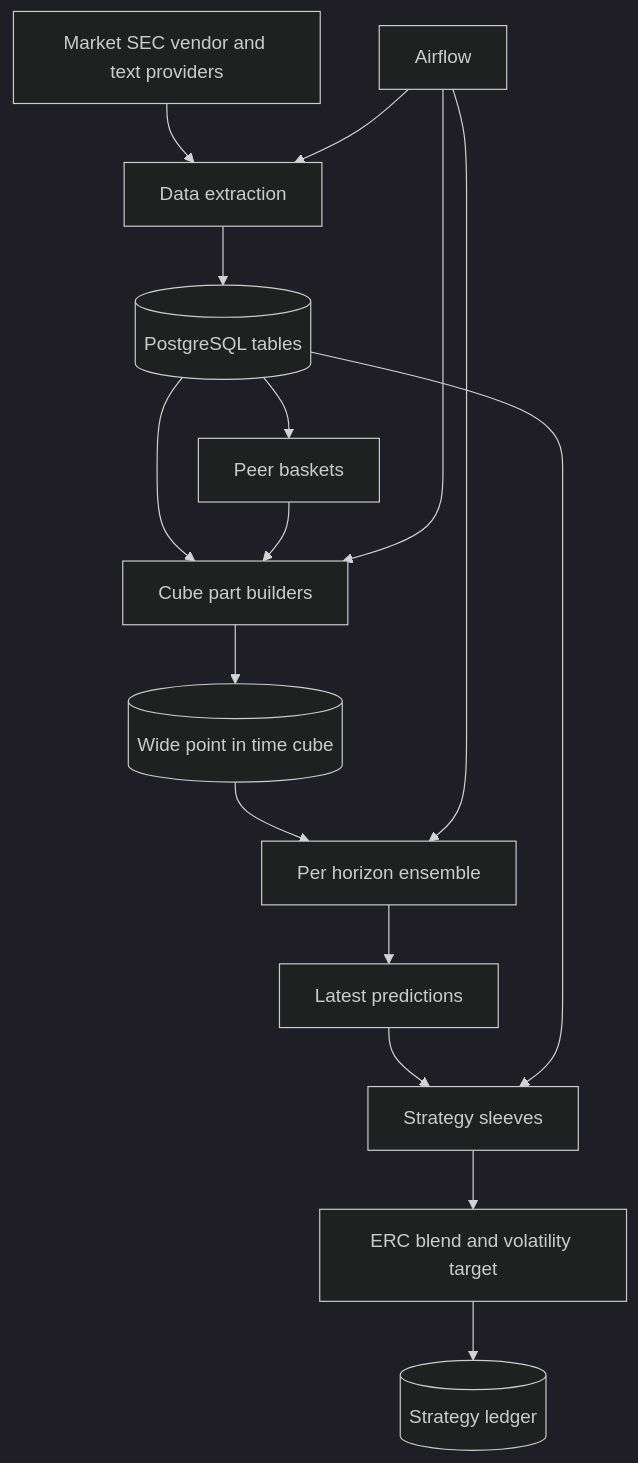
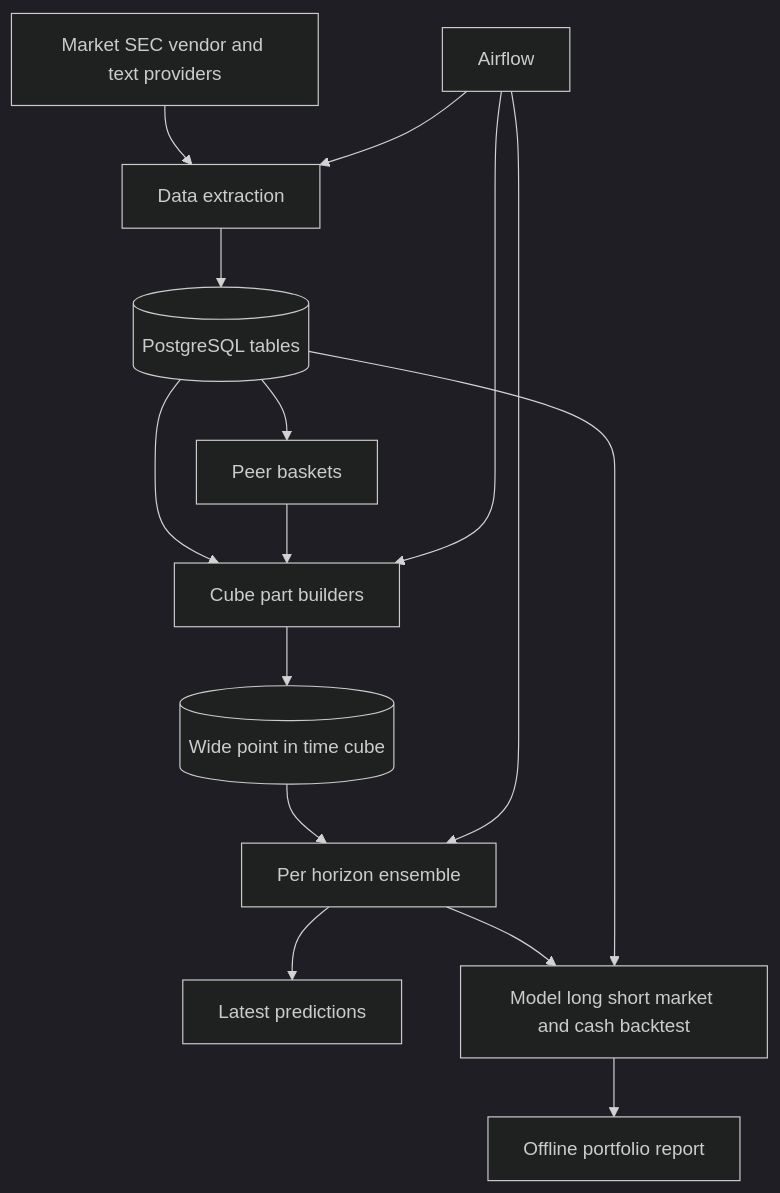
Before and after one commit to alexandredelarrard/PEA: the diagram in wiki/architecture/system-overview.md, drawn with Mermaid (dark theme). The commit also changed other lines of this file and 23 other files, not shown here.

Commit message:
Document standalone portfolio workflow and remove stale strategy references

```diff
--- a/wiki/architecture/system-overview.md
+++ b/wiki/architecture/system-overview.md
@@ -17,18 +18,17 @@
 ~~~mermaid
 flowchart TD
   Providers[Market SEC vendor and text providers] --> Extract[Data extraction]
   Extract --> DB[(PostgreSQL tables)]
   DB --> Peer[Peer baskets]
   DB --> CubeParts[Cube part builders]
   Peer --> CubeParts
   CubeParts --> Cube[(Wide point in time cube)]
   Cube --> Train[Per horizon ensemble]
   Train --> Predict[Latest predictions]
-  Predict --> Sleeves[Strategy sleeves]
-  DB --> Sleeves
-  Sleeves --> Blend[ERC blend and volatility target]
-  Blend --> Trades[(Strategy ledger)]
+  Train --> Portfolio[Model long short market and cash backtest]
+  DB --> Portfolio
+  Portfolio --> Report[Offline portfolio report]
   Airflow[Airflow] --> Extract
   Airflow --> CubeParts
   Airflow --> Train
 ~~~
```
